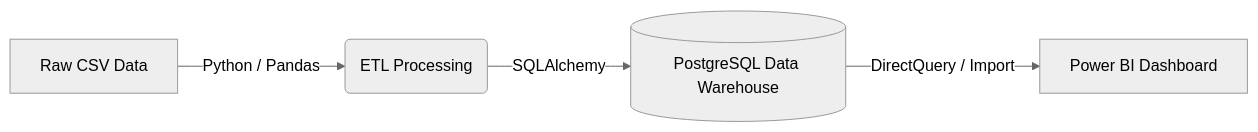
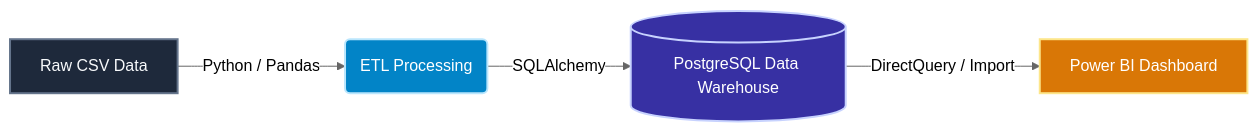
One commit to DhanushPillay/Banking-Analytics-Data-Warehouse changed the first of 2 diagrams in README.md. Above: the diagram before and after it, drawn with Mermaid (neutral theme).

Commit message:
docs: add premium color styling and high contrast fonts to architecture diagram

````diff
--- a/README.md
+++ b/README.md
@@ -13,6 +13,12 @@
 ```mermaid
 graph LR
-    A[Raw CSV Data] -->|Python / Pandas| B(ETL Processing)
-    B -->|SQLAlchemy| C[(PostgreSQL Data Warehouse)]
-    C -->|DirectQuery / Import| D[Power BI Dashboard]
+    %% Premium styling with high-contrast font colors
+    classDef source fill:#1e293b,stroke:#64748b,stroke-width:2px,color:#f8fafc
+    classDef process fill:#0284c7,stroke:#bae6fd,stroke-width:2px,color:#ffffff
+    classDef database fill:#3730a3,stroke:#c7d2fe,stroke-width:2px,color:#ffffff
+    classDef bi fill:#d97706,stroke:#fde68a,stroke-width:2px,color:#ffffff
+
+    A[Raw CSV Data]:::source -->|Python / Pandas| B(ETL Processing):::process
+    B -->|SQLAlchemy| C[(PostgreSQL Data Warehouse)]:::database
+    C -->|DirectQuery / Import| D[Power BI Dashboard]:::bi
 ```
````
